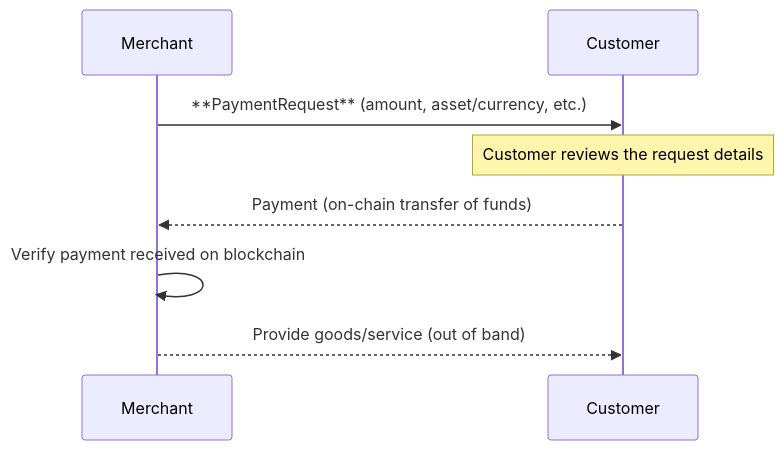
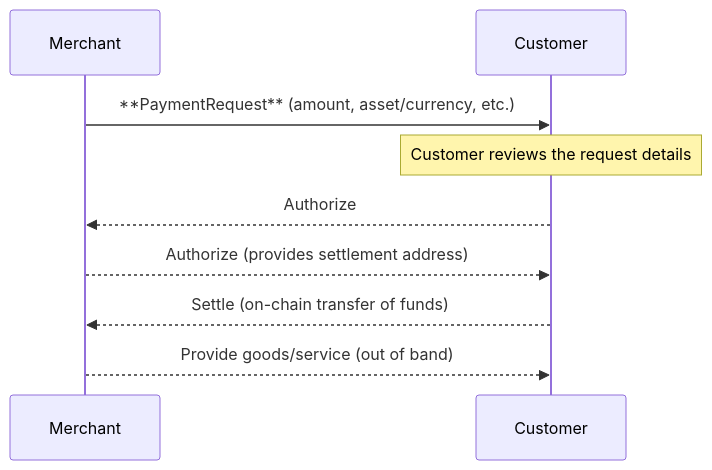
One commit to TransactionAuthorizationProtocol/TAIPs changed the second of 4 diagrams in TAIPs/taip-14.md. Above: the diagram before and after it, drawn with Mermaid. The commit also changed other lines of this file and 1 other file, not shown here.

Commit message:
Clarified PaymentRequest flows

````diff
--- a/TAIPs/taip-14.md
+++ b/TAIPs/taip-14.md
@@ -86,10 +86,11 @@
 ```mermaid
 sequenceDiagram
     participant Merchant
     participant Customer
     Merchant->>Customer: **PaymentRequest** (amount, asset/currency, etc.)
     Note over Customer: Customer reviews the request details
-    Customer-->>Merchant: Payment (on-chain transfer of funds)
-    Merchant->>Merchant: Verify payment received on blockchain
+    Customer-->>Merchant: Authorize
+    Merchant-->>Customer: Authorize (provides settlement address)
+    Customer-->>Merchant: Settle (on-chain transfer of funds)
     Merchant-->>Customer: Provide goods/service (out of band)
 ```
````
